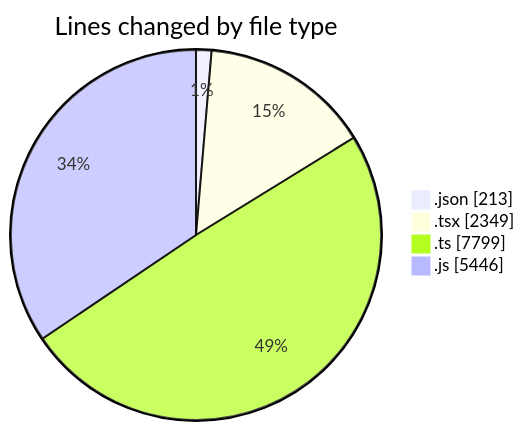
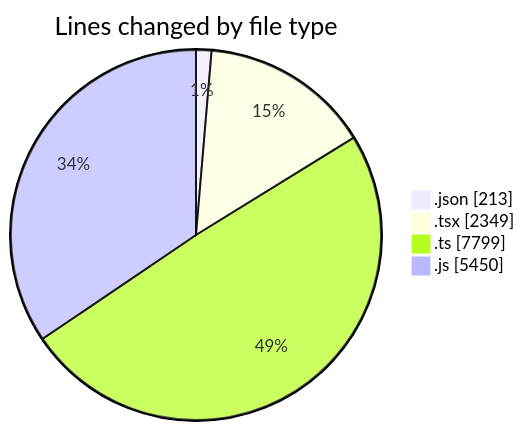
One commit to momahboobian/code-tracking changed the first of 2 diagrams in 2025-07-28/cda/README.md. Above: the diagram before and after it, drawn with Mermaid. The commit also changed other lines of this file and 1 other file, not shown here.

````diff
--- a/2025-07-28/cda/README.md
+++ b/2025-07-28/cda/README.md
@@ -32,8 +32,8 @@
 ```mermaid
 pie showData
 title Lines changed by file type
 ".json" : 213
 ".tsx" : 2349
 ".ts" : 7799
-".js" : 5446
+".js" : 5450
 ```
````
